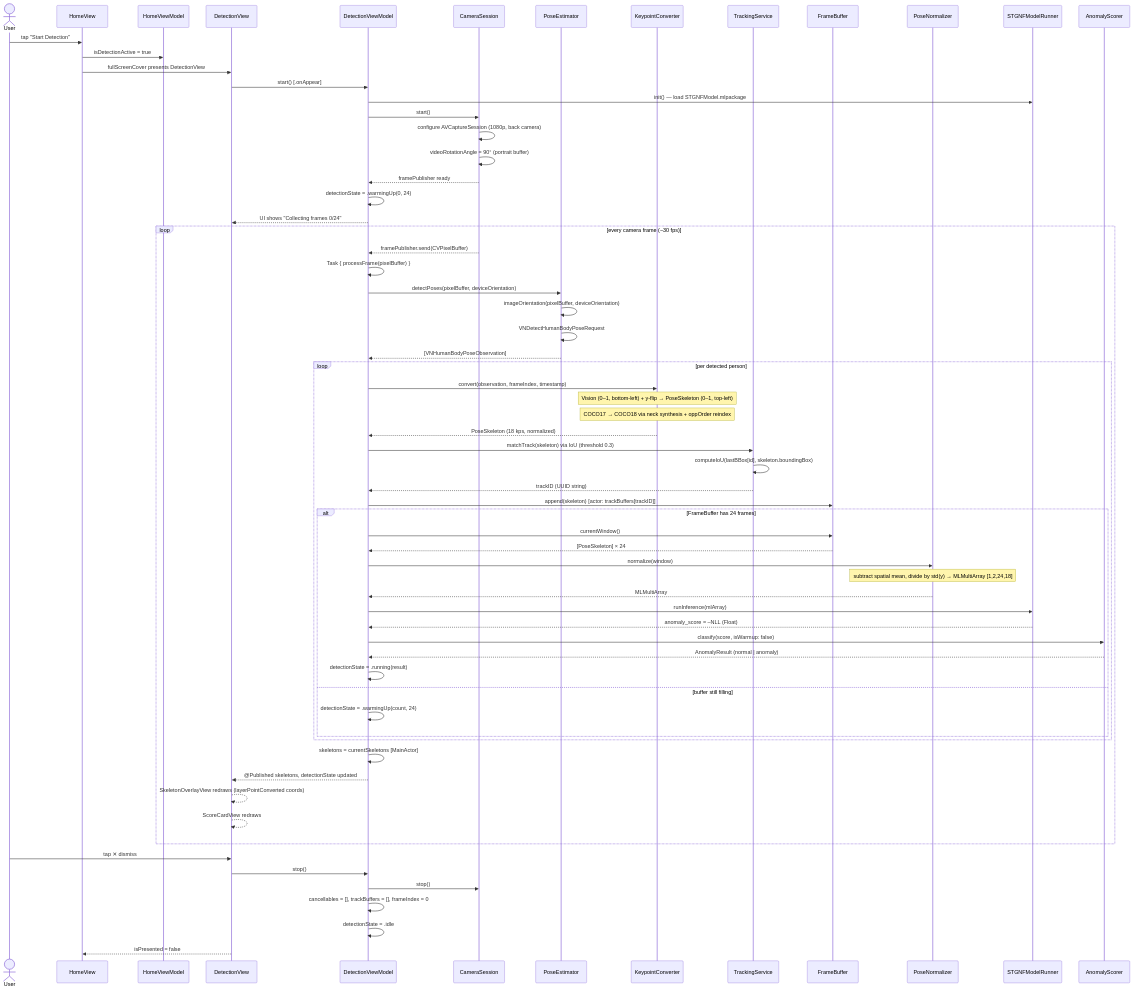
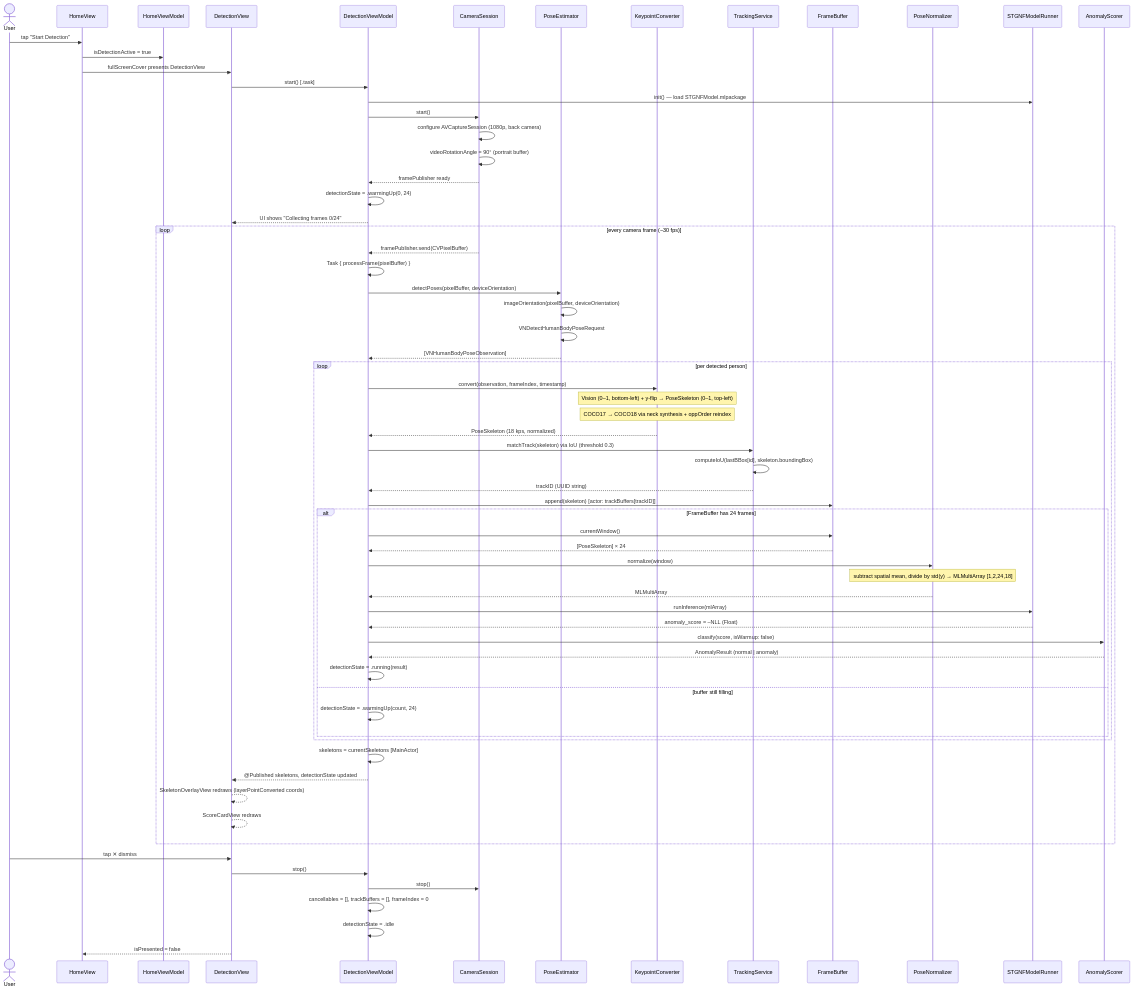
The second of 3 diagrams in ios/uml-sequence-diagram.md (cthadeufaria/computer-vision-shoplifting-detection), drawn with Mermaid before and after one commit. The commit also changed other lines of this file and 9 other files, not shown here.

````diff
--- a/ios/uml-sequence-diagram.md
+++ b/ios/uml-sequence-diagram.md
@@ -51,78 +51,78 @@
 ```mermaid
 sequenceDiagram
     actor User
     participant HV  as HomeView
     participant HVM as HomeViewModel
     participant DV  as DetectionView
     participant DVM as DetectionViewModel
     participant CS  as CameraSession
     participant PE  as PoseEstimator
     participant KC  as KeypointConverter
     participant TS  as TrackingService
     participant FB  as FrameBuffer
     participant PN  as PoseNormalizer
     participant MR  as STGNFModelRunner
     participant AS  as AnomalyScorer
 
     User->>HV: tap "Start Detection"
     HV->>HVM: isDetectionActive = true
     HV->>DV: fullScreenCover presents DetectionView
 
-    DV->>DVM: start() [.onAppear]
+    DV->>DVM: start() [.task]
     DVM->>MR: init() — load STGNFModel.mlpackage
     DVM->>CS: start()
     CS->>CS: configure AVCaptureSession (1080p, back camera)
     CS->>CS: videoRotationAngle = 90° (portrait buffer)
     CS-->>DVM: framePublisher ready
     DVM->>DVM: detectionState = .warmingUp(0, 24)
     DVM-->>DV: UI shows "Collecting frames 0/24"
 
     loop every camera frame (~30 fps)
         CS-->>DVM: framePublisher.send(CVPixelBuffer)
         DVM->>DVM: Task { processFrame(pixelBuffer) }
 
         DVM->>PE: detectPoses(pixelBuffer, deviceOrientation)
         PE->>PE: imageOrientation(pixelBuffer, deviceOrientation)
         PE->>PE: VNDetectHumanBodyPoseRequest
         PE-->>DVM: [VNHumanBodyPoseObservation]
 
         loop per detected person
             DVM->>KC: convert(observation, frameIndex, timestamp)
             Note over KC: Vision (0–1, bottom-left) + y-flip → PoseSkeleton (0–1, top-left)
             Note over KC: COCO17 → COCO18 via neck synthesis + oppOrder reindex
             KC-->>DVM: PoseSkeleton (18 kps, normalized)
 
             DVM->>TS: matchTrack(skeleton) via IoU (threshold 0.3)
             TS->>TS: computeIoU(lastBBox[id], skeleton.boundingBox)
             TS-->>DVM: trackID (UUID string)
             DVM->>FB: append(skeleton)  [actor: trackBuffers[trackID]]
 
             alt FrameBuffer has 24 frames
                 DVM->>FB: currentWindow()
                 FB-->>DVM: [PoseSkeleton] × 24
                 DVM->>PN: normalize(window)
                 Note over PN: subtract spatial mean, divide by std(y) → MLMultiArray [1,2,24,18]
                 PN-->>DVM: MLMultiArray
                 DVM->>MR: runInference(mlArray)
                 MR-->>DVM: anomaly_score = –NLL (Float)
                 DVM->>AS: classify(score, isWarmup: false)
                 AS-->>DVM: AnomalyResult (normal | anomaly)
                 DVM->>DVM: detectionState = .running(result)
             else buffer still filling
                 DVM->>DVM: detectionState = .warmingUp(count, 24)
             end
         end
 
         DVM->>DVM: skeletons = currentSkeletons [MainActor]
         DVM-->>DV: @Published skeletons, detectionState updated
         DV-->>DV: SkeletonOverlayView redraws (layerPointConverted coords)
         DV-->>DV: ScoreCardView redraws
     end
 
     User->>DV: tap ✕ dismiss
     DV->>DVM: stop()
     DVM->>CS: stop()
     DVM->>DVM: cancellables = [], trackBuffers = [], frameIndex = 0
     DVM->>DVM: detectionState = .idle
     DV-->>HV: isPresented = false
 ```
````
